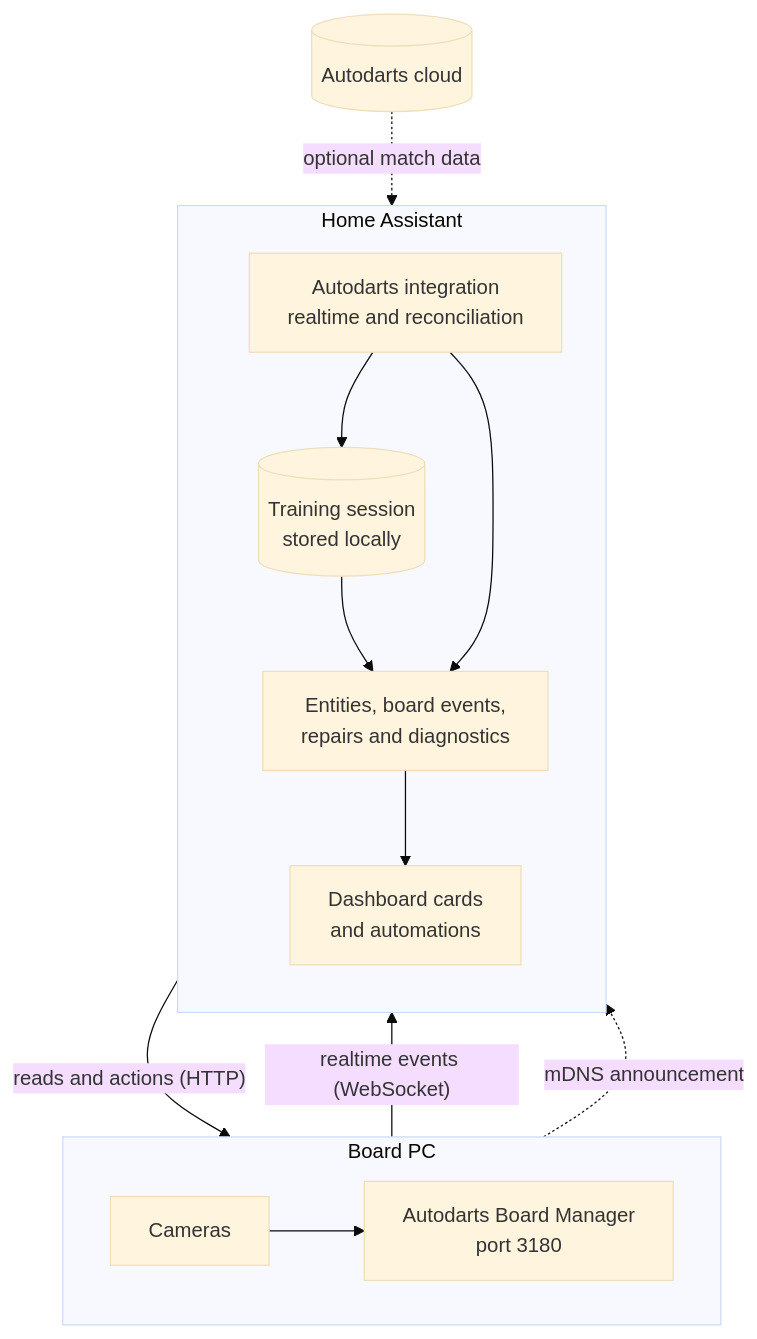
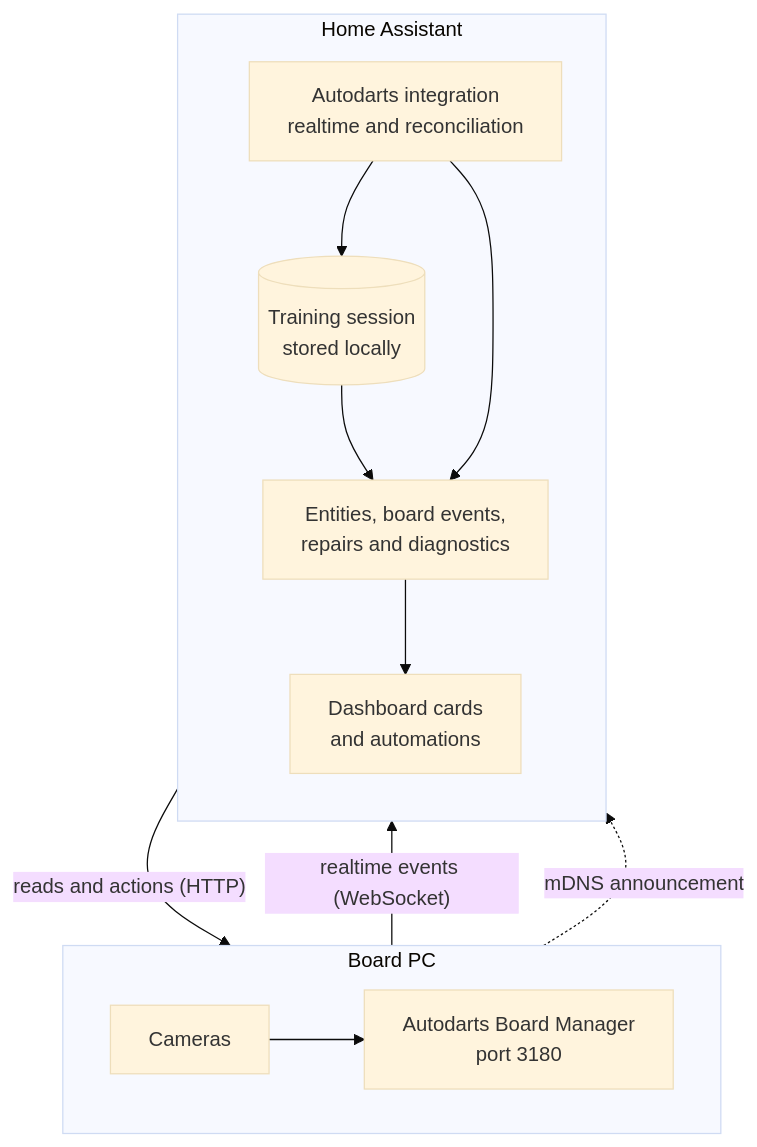
The diagram in docs/diagrams/architecture.en.mmd (Dennis-Otto/ha-autodarts), drawn with Mermaid (base theme) before and after one commit. The commit also changed 97 other files, not shown here.

```diff
--- a/docs/diagrams/architecture.en.mmd
+++ b/docs/diagrams/architecture.en.mmd
@@ -1,21 +1,19 @@
 flowchart TB
   accTitle: Architecture
-  accDescr: The Board Manager on the board PC sends realtime events to the Autodarts integration in Home Assistant, which reads and controls the board over HTTP, keeps the training session locally and provides entities, board events, cards and automations; the Autodarts cloud optionally adds match data.
+  accDescr: The Board Manager on the board PC sends realtime events to the Autodarts integration in Home Assistant, which reads and controls the board over HTTP, keeps the training session locally and provides entities, board events, cards and automations.
   subgraph PC["Board PC"]
     direction LR
     CAM["Cameras"] --> BM["Autodarts Board Manager<br/>port 3180"]
   end
   subgraph HA["Home Assistant"]
     direction TB
     LC["Autodarts integration<br/>realtime and reconciliation"]
     TS[("Training session<br/>stored locally")]
     ENT["Entities, board events,<br/>repairs and diagnostics"]
     UI["Dashboard cards<br/>and automations"]
     LC --> TS --> ENT
     LC --> ENT --> UI
   end
-  AD[("Autodarts cloud")]
   BM -- "realtime events (WebSocket)" --> LC
   LC -- "reads and actions (HTTP)" --> BM
   BM -. "mDNS announcement" .-> LC
-  AD -. "optional match data" .-> ENT
```
